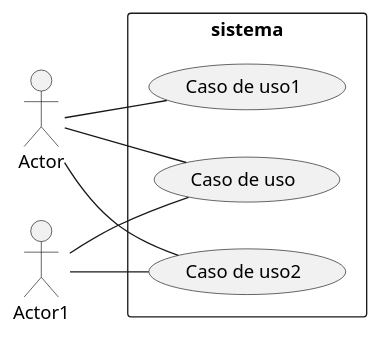
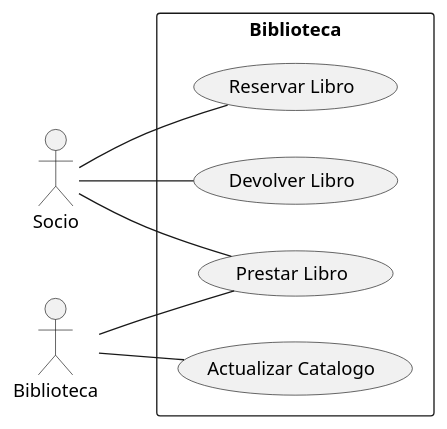
Before and after one commit to sandrasd89/casosdeusoII: the diagram in casosdeusoII.puml, drawn with PlantUML.

Commit message:
Ej elemento biblioteca

```diff
--- a/casosdeusoII.puml
+++ b/casosdeusoII.puml
@@ -1,17 +1,17 @@
 @startuml
 
 left to right direction
 
-:Actor: as a
-:Actor1: as a1
+:Socio: as s
+:Biblioteca: as b
 
-rectangle sistema{
-a -- (Caso de uso)
-a -- (Caso de uso1)
-a -- (Caso de uso2)
-a1 -- (Caso de uso2)
-a1 -- (Caso de uso)
+rectangle Biblioteca{
+s -- (Reservar Libro)
+s -- (Prestar Libro)
+s -- (Devolver Libro)
+b -- (Prestar Libro)
+b -- (Actualizar Catalogo)
 }
 
 
 @enduml
```
